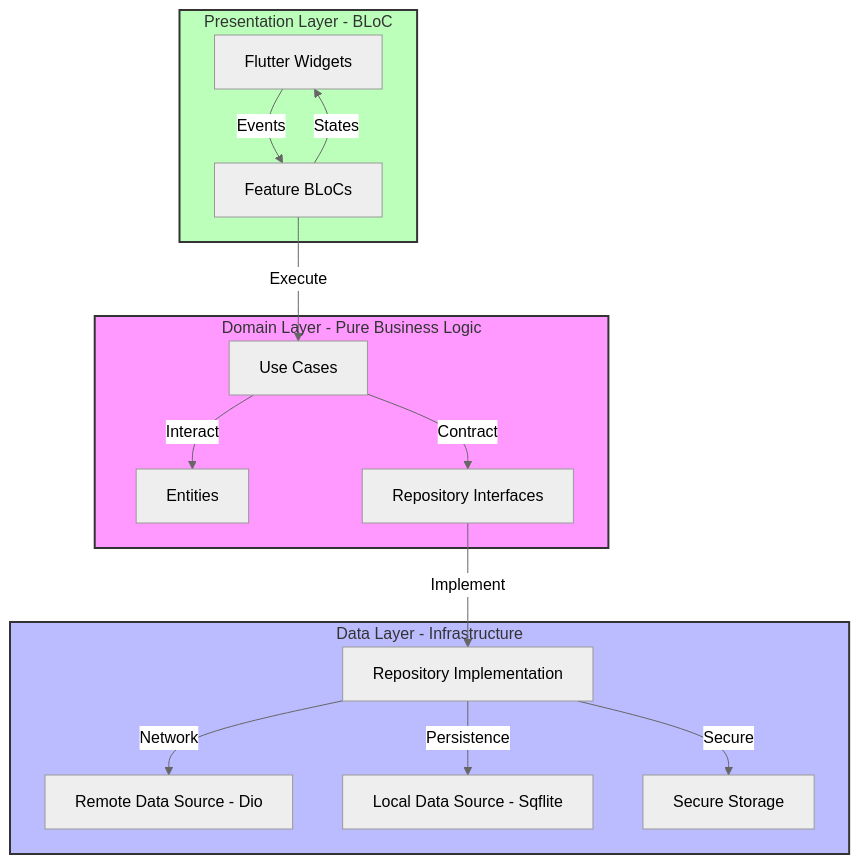
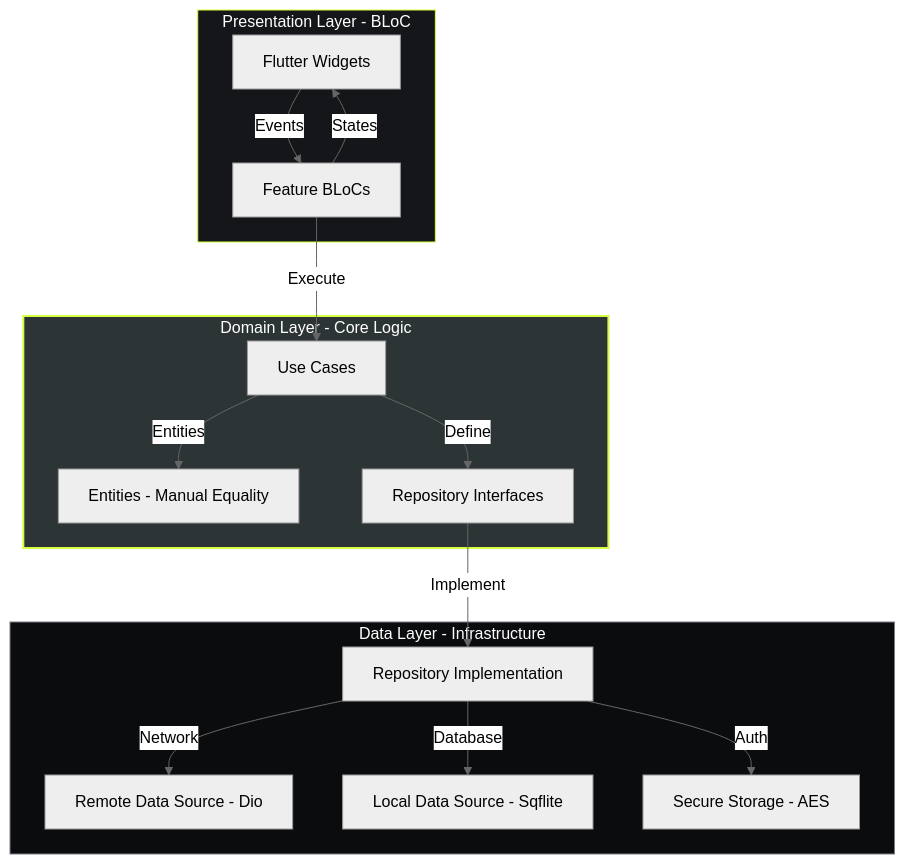
Before and after one commit to ishaque-dev/grubpac: the first of 2 diagrams in README.md, drawn with Mermaid (neutral theme). The commit also changed other lines of this file and 5 other files, not shown here.

````diff
--- a/README.md
+++ b/README.md
@@ -11,24 +11,24 @@
 ```mermaid
 graph TD
-    subgraph Presentation_Layer [Presentation Layer - BLoC]
+    subgraph Presentation [Presentation Layer - BLoC]
         UI[Flutter Widgets] -->|Events| BLOC[Feature BLoCs]
         BLOC -->|States| UI
     end
 
-    subgraph Domain_Layer [Domain Layer - Pure Business Logic]
+    subgraph Domain [Domain Layer - Core Logic]
         BLOC -->|Execute| UC[Use Cases]
-        UC -->|Interact| E[Entities]
-        UC -->|Contract| RI[Repository Interfaces]
+        UC -->|Entities| E[Entities - Manual Equality]
+        UC -->|Define| RI[Repository Interfaces]
     end
 
-    subgraph Data_Layer [Data Layer - Infrastructure]
+    subgraph Data [Data Layer - Infrastructure]
         RI -->|Implement| R[Repository Implementation]
         R -->|Network| RDS[Remote Data Source - Dio]
-        R -->|Persistence| LDS[Local Data Source - Sqflite]
-        R -->|Secure| SS[Secure Storage]
+        R -->|Database| LDS[Local Data Source - Sqflite]
+        R -->|Auth| SS[Secure Storage - AES]
     end
 
-    style Domain_Layer fill:#f9f,stroke:#333,stroke-width:2px
-    style Data_Layer fill:#bbf,stroke:#333,stroke-width:2px
-    style Presentation_Layer fill:#bfb,stroke:#333,stroke-width:2px
+    style Domain fill:#2D3436,stroke:#D4FF3D,stroke-width:2px,color:#fff
+    style Data fill:#0B0C0E,stroke:#7A7C85,stroke-width:1px,color:#fff
+    style Presentation fill:#151619,stroke:#D4FF3D,stroke-width:1px,color:#fff
 ```
````
